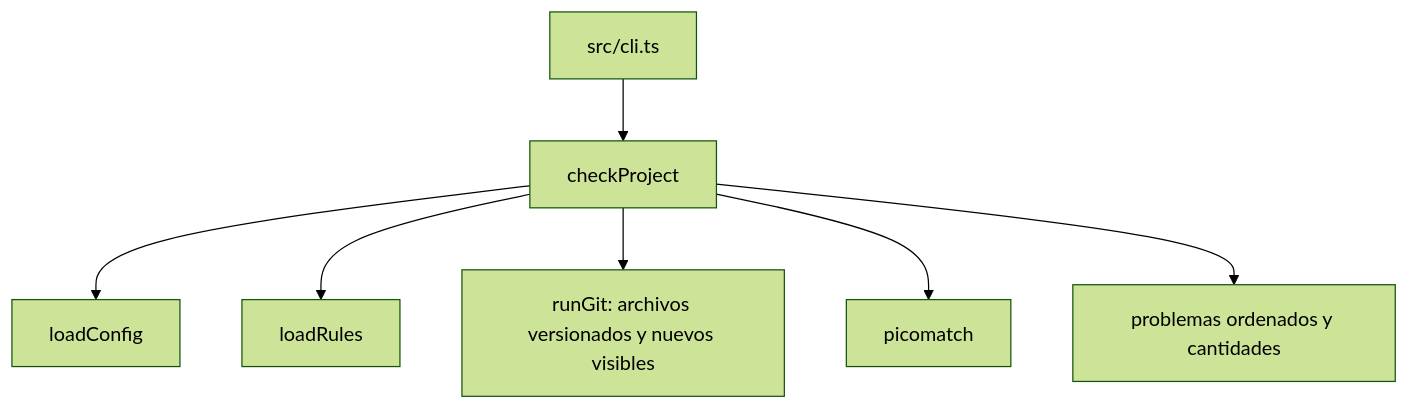
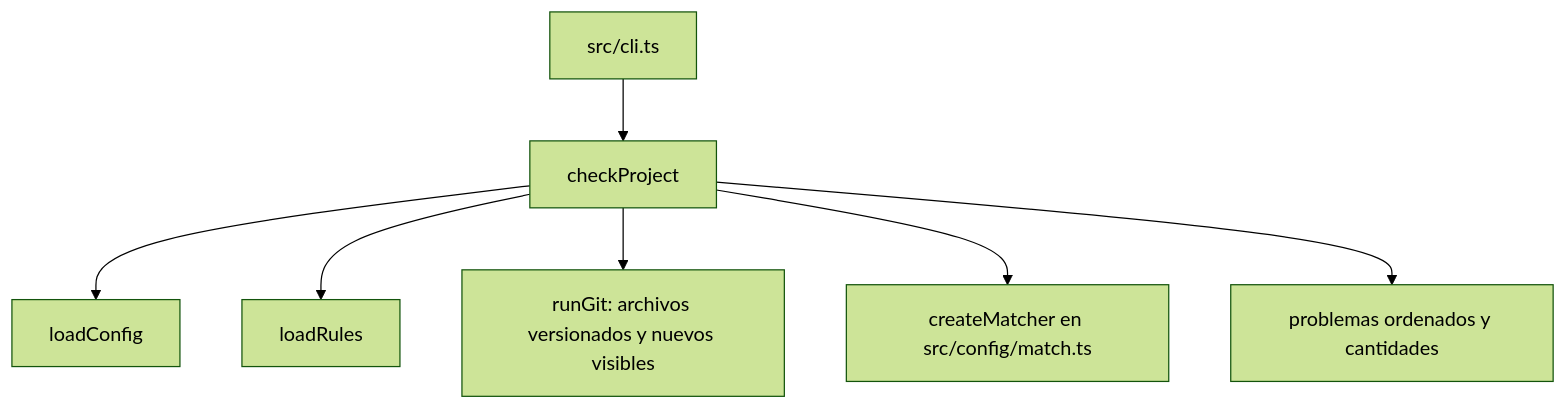
Before and after one commit to CodeLab614-AI/code-audit: the diagram in docs/es/3-code/140-check-check.md, drawn with Mermaid (forest theme). The commit also changed other lines of this file and 62 other files, not shown here.

````diff
--- a/docs/es/3-code/140-check-check.md
+++ b/docs/es/3-code/140-check-check.md
@@ -29,9 +29,9 @@
 ```mermaid
 flowchart TD
     CLI["src/cli.ts"] --> Check["checkProject"]
     Check --> Config["loadConfig"]
     Check --> Rules["loadRules"]
     Check --> Git["runGit: archivos versionados y nuevos visibles"]
-    Check --> Match["picomatch"]
+    Check --> Match["createMatcher en src/config/match.ts"]
     Check --> Problems["problemas ordenados y cantidades"]
 ```
````
